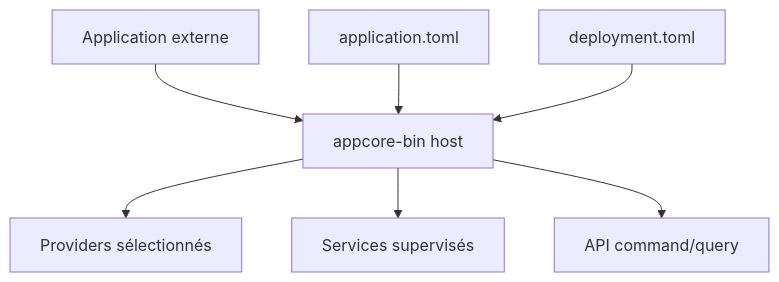
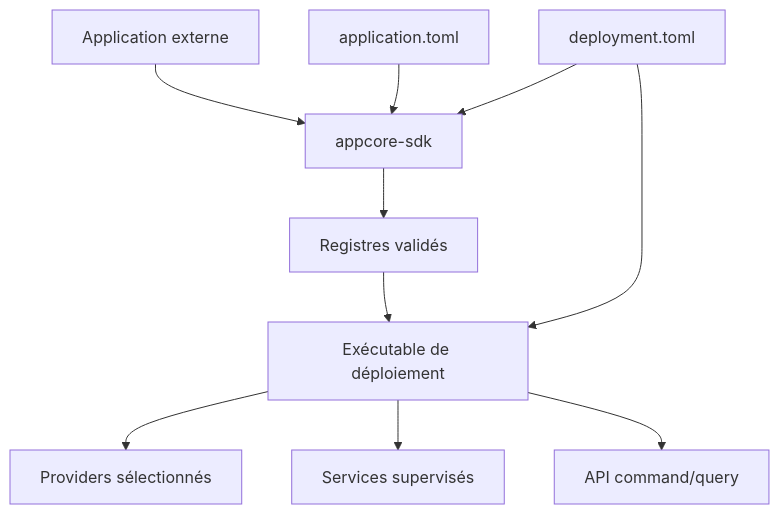
The diagram in i18n/fr/docusaurus-plugin-content-docs/current/introduction/what-is-appcore.md (dnettoRaw/appcore-wiki), drawn with Mermaid before and after one commit. The commit also changed 41 other files, not shown here.

Commit message:
Replace retired host guidance with SDK workflows

````diff
--- a/i18n/fr/docusaurus-plugin-content-docs/current/introduction/what-is-appcore.md
+++ b/i18n/fr/docusaurus-plugin-content-docs/current/introduction/what-is-appcore.md
@@ -27,9 +27,12 @@
 ```mermaid
 flowchart TB
-    App[Application externe] --> Host[appcore-bin host]
-    Manifest[application.toml] --> Host
-    Deployment[deployment.toml] --> Host
-    Host --> Providers[Providers sélectionnés]
-    Host --> Services[Services supervisés]
-    Host --> API[API command/query]
+    App[Application externe] --> SDK[appcore-sdk]
+    Manifest[application.toml] --> SDK
+    Deployment[deployment.toml] --> SDK
+    SDK --> Prepared[Registres validés]
+    Prepared --> Executable[Exécutable de déploiement]
+    Deployment --> Executable
+    Executable --> Providers[Providers sélectionnés]
+    Executable --> Services[Services supervisés]
+    Executable --> API[API command/query]
 ```
````
